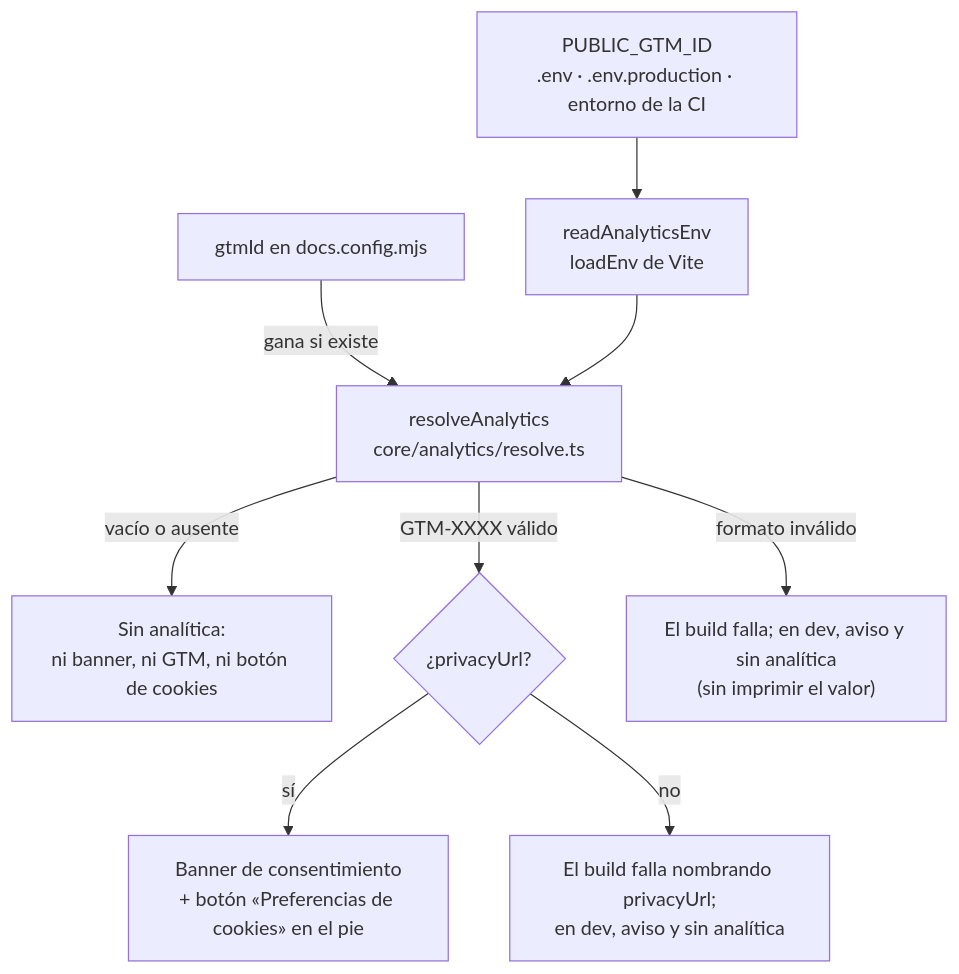
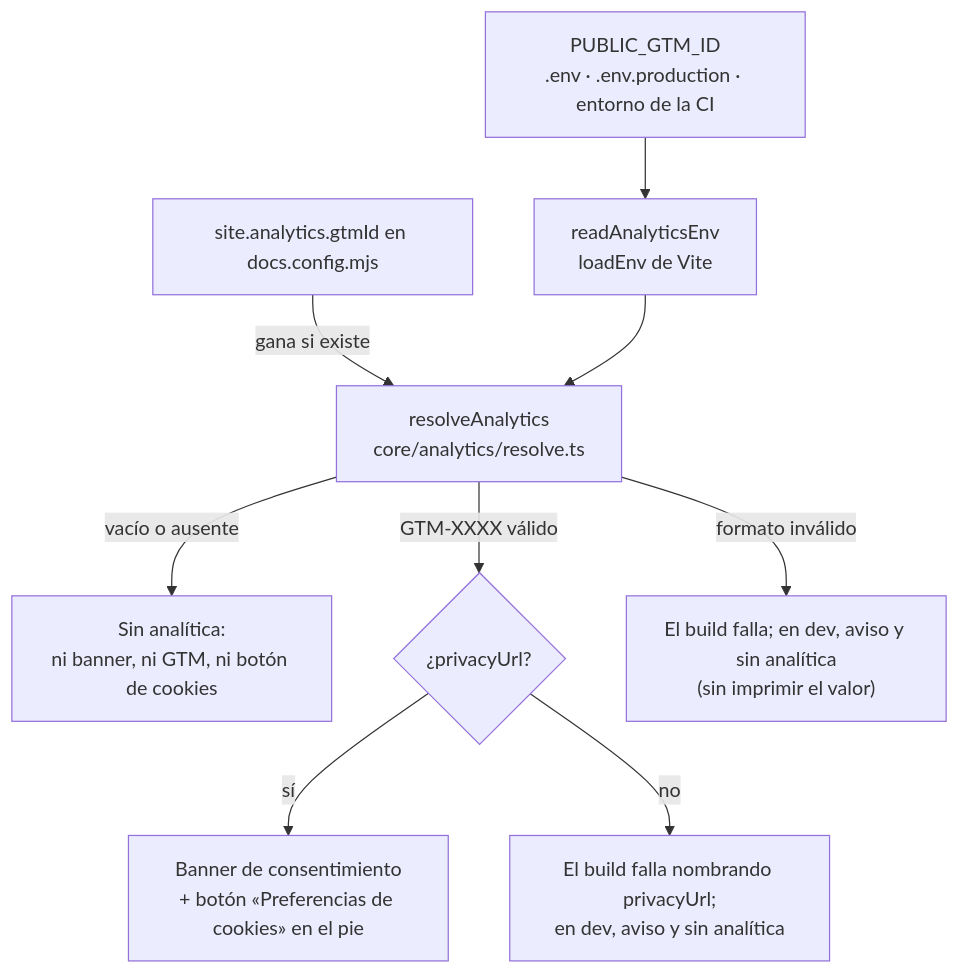
One commit to velezanthony/design changed the first of 2 diagrams in docs/src/content/docs/guia/analitica-y-privacidad.md. Above: the diagram before and after it, drawn with Mermaid. The commit also changed other lines of this file and 16 other files, not shown here.

````diff
--- a/docs/src/content/docs/guia/analitica-y-privacidad.md
+++ b/docs/src/content/docs/guia/analitica-y-privacidad.md
@@ -16,11 +17,11 @@
 ```mermaid
 flowchart TD
-  cfg["gtmId en docs.config.mjs"] -->|gana si existe| res["resolveAnalytics<br/>core/analytics/resolve.ts"]
+  cfg["site.analytics.gtmId en docs.config.mjs"] -->|gana si existe| res["resolveAnalytics<br/>core/analytics/resolve.ts"]
   env["PUBLIC_GTM_ID<br/>.env · .env.production · entorno de la CI"] --> rd["readAnalyticsEnv<br/>loadEnv de Vite"]
   rd --> res
   res -->|vacío o ausente| off["Sin analítica:<br/>ni banner, ni GTM, ni botón de cookies"]
   res -->|"GTM-XXXX válido"| pu{"¿privacyUrl?"}
   pu -->|sí| on["Banner de consentimiento<br/>+ botón «Preferencias de cookies» en el pie"]
   pu -->|no| nop["El build falla nombrando privacyUrl;<br/>en dev, aviso y sin analítica"]
   res -->|formato inválido| err["El build falla; en dev, aviso y sin analítica<br/>(sin imprimir el valor)"]
 ```
````
